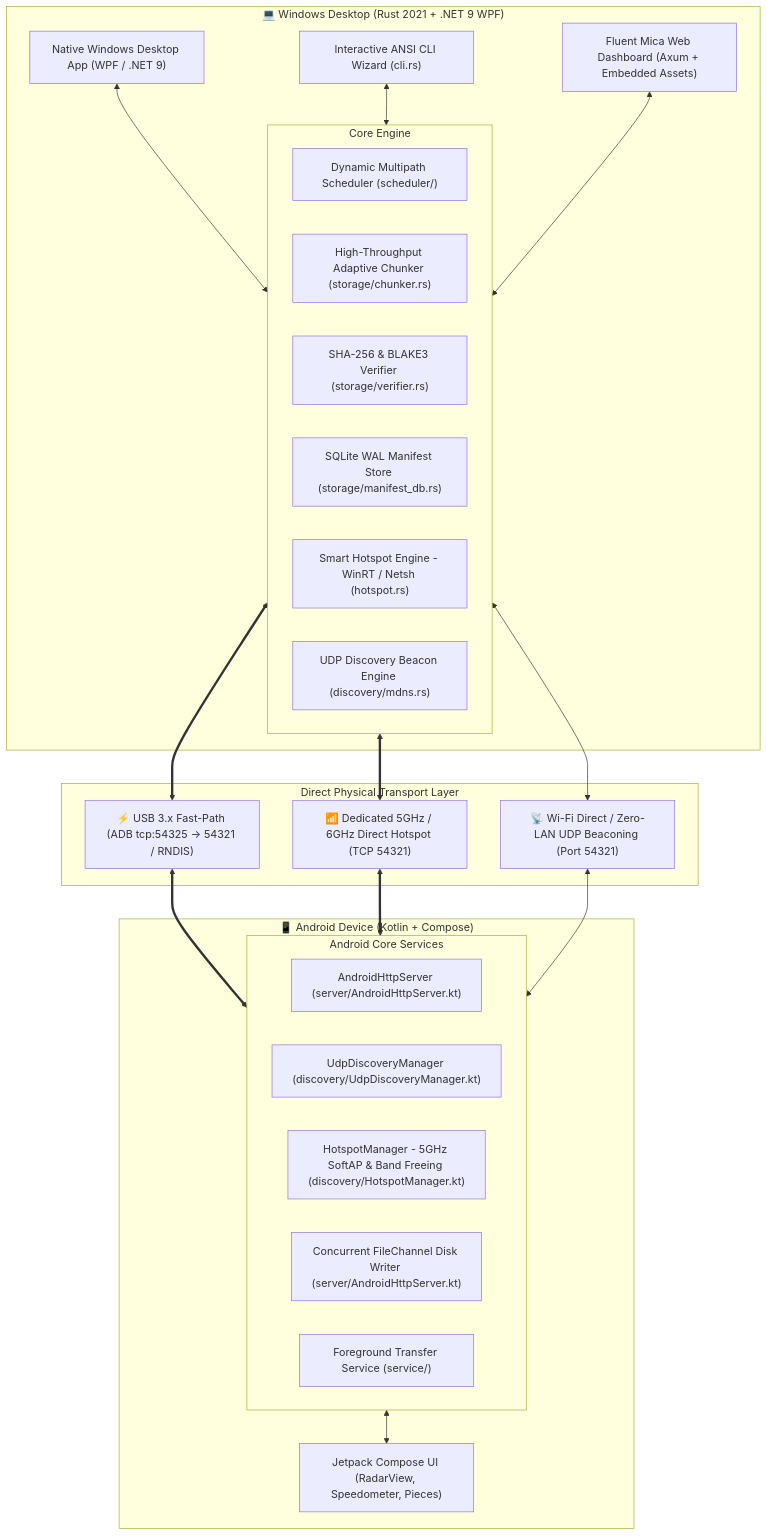
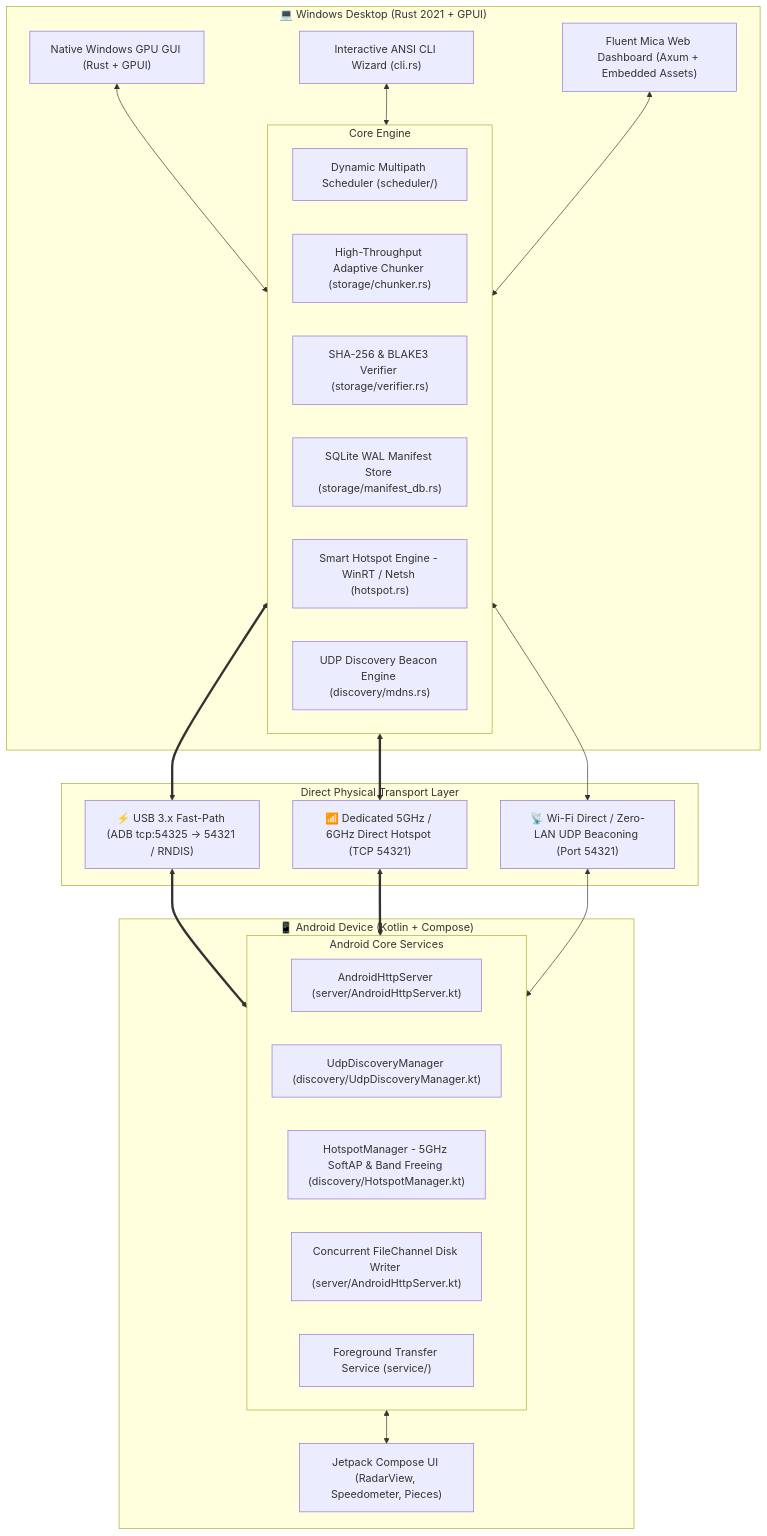
The first of 3 diagrams in HOW_IT_WORKS.md (SamSunny4/ShareDash), drawn with Mermaid before and after one commit. The commit also changed 8 other files, not shown here.

Commit message:
docs: update documentation and roadmap to reflect migration from WPF to native Rust GPUI desktop app

````diff
--- a/HOW_IT_WORKS.md
+++ b/HOW_IT_WORKS.md
@@ -84,49 +84,49 @@
 ```mermaid
 graph TB
-    subgraph WindowsPC ["💻 Windows Desktop (Rust 2021 + .NET 9 WPF)"]
-        WinApp["Native Windows Desktop App (WPF / .NET 9)"]
+    subgraph WindowsPC ["💻 Windows Desktop (Rust 2021 + GPUI)"]
+        WinApp["Native Windows GPU GUI (Rust + GPUI)"]
         CLI["Interactive ANSI CLI Wizard (cli.rs)"]
         WebUI["Fluent Mica Web Dashboard (Axum + Embedded Assets)"]
         
         subgraph RustCore ["Core Engine"]
             Scheduler["Dynamic Multipath Scheduler (scheduler/)"]
             Chunker["High-Throughput Adaptive Chunker (storage/chunker.rs)"]
             Verifier["SHA-256 & BLAKE3 Verifier (storage/verifier.rs)"]
             ManifestDB["SQLite WAL Manifest Store (storage/manifest_db.rs)"]
             HotspotMgr["Smart Hotspot Engine - WinRT / Netsh (hotspot.rs)"]
             UdpScanner["UDP Discovery Beacon Engine (discovery/mdns.rs)"]
         end
     end
 
     subgraph Channels ["Direct Physical Transport Layer"]
         USB_CH["⚡ USB 3.x Fast-Path (ADB tcp:54325 -> 54321 / RNDIS)"]
         WIFI_CH["📶 Dedicated 5GHz / 6GHz Direct Hotspot (TCP 54321)"]
         P2P_CH["📡 Wi-Fi Direct / Zero-LAN UDP Beaconing (Port 54321)"]
     end
 
     subgraph AndroidDevice ["📱 Android Device (Kotlin + Compose)"]
         AndroidUI["Jetpack Compose UI (RadarView, Speedometer, Pieces)"]
         
         subgraph AndroidCore ["Android Core Services"]
             AndroidServer["AndroidHttpServer (server/AndroidHttpServer.kt)"]
             UdpDiscovery["UdpDiscoveryManager (discovery/UdpDiscoveryManager.kt)"]
             HotspotService["HotspotManager - 5GHz SoftAP & Band Freeing (discovery/HotspotManager.kt)"]
             StorageWriter["Concurrent FileChannel Disk Writer (server/AndroidHttpServer.kt)"]
             FGService["Foreground Transfer Service (service/)"]
         end
     end
 
     WinApp <--> RustCore
     CLI <--> RustCore
     WebUI <--> RustCore
 
     RustCore <==> USB_CH
     RustCore <==> WIFI_CH
     RustCore <--> P2P_CH
 
     USB_CH <==> AndroidCore
     WIFI_CH <==> AndroidCore
     P2P_CH <--> AndroidCore
 
     AndroidCore <--> AndroidUI
 ```
````
